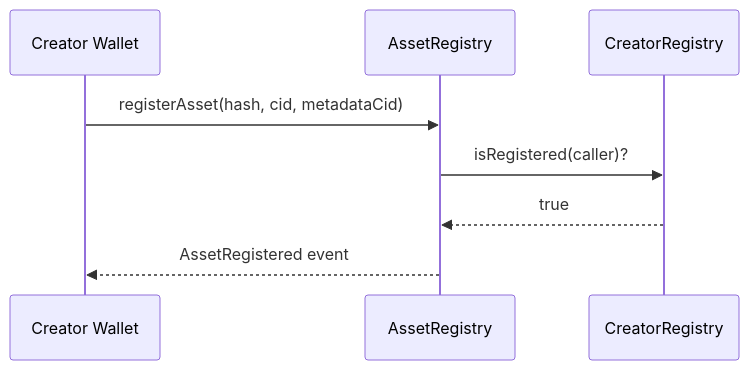
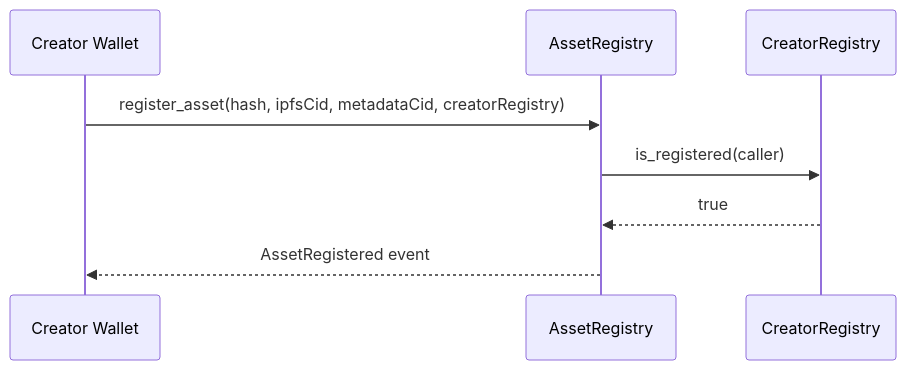
The second of 5 diagrams in docs/SMART_CONTRACT_INTERFACES.md (originchain-labs/originchain), drawn with Mermaid before and after one commit. The commit also changed other lines of this file and 9 other files, not shown here.

````diff
--- a/docs/SMART_CONTRACT_INTERFACES.md
+++ b/docs/SMART_CONTRACT_INTERFACES.md
@@ -80,10 +80,10 @@
 ```mermaid
 sequenceDiagram
     participant C as Creator Wallet
     participant AR as AssetRegistry
     participant CR as CreatorRegistry
-    C->>AR: registerAsset(hash, cid, metadataCid)
-    AR->>CR: isRegistered(caller)?
+    C->>AR: register_asset(hash, ipfsCid, metadataCid, creatorRegistry)
+    AR->>CR: is_registered(caller)
     CR-->>AR: true
     AR-->>C: AssetRegistered event
 ```
````
